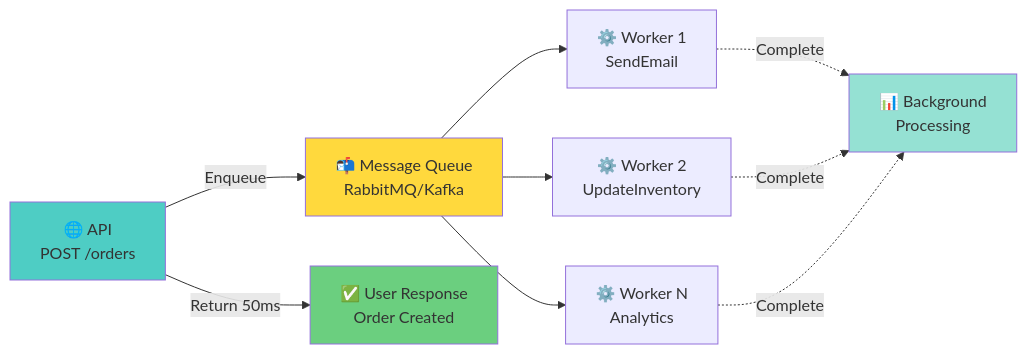
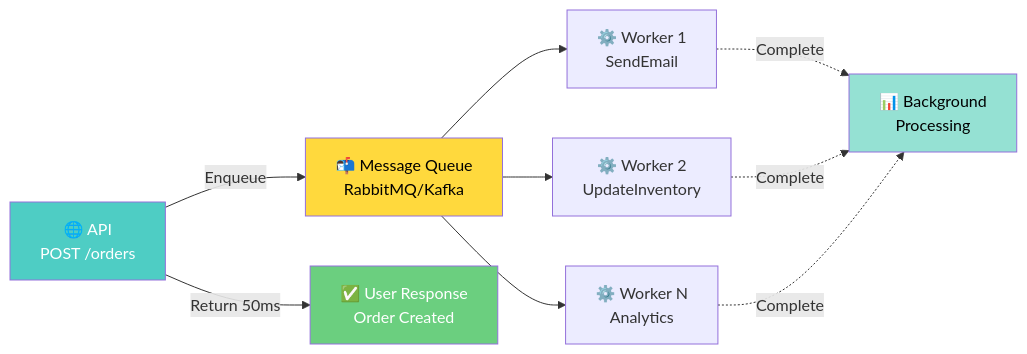
The second of 2 diagrams in src/content/blog/scalabilita-backend-patterns.md (federicodiluca/federicodiluca.github.io), drawn with Mermaid before and after one commit. The commit also changed other lines of this file and 9 other files, not shown here.

First line of the commit message:
fix: improve Mermaid diagram text colors for accessibility

````diff
--- a/src/content/blog/scalabilita-backend-patterns.md
+++ b/src/content/blog/scalabilita-backend-patterns.md
@@ -148,17 +148,17 @@
 ```mermaid
 graph LR
     A["🌐 API<br/>POST /orders"] -->|Enqueue| B["📬 Message Queue<br/>RabbitMQ/Kafka"]
     B --> C["⚙️ Worker 1<br/>SendEmail"]
     B --> D["⚙️ Worker 2<br/>UpdateInventory"]
     B --> E["⚙️ Worker N<br/>Analytics"]
     
     A -->|Return 50ms| F["✅ User Response<br/>Order Created"]
     C -.->|Complete| G["📊 Background<br/>Processing"]
     D -.->|Complete| G
     E -.->|Complete| G
     
-    style A fill:#4ecdc4
-    style F fill:#6bcf7f
-    style B fill:#ffd93d
-    style G fill:#95e1d3
+    style A fill:#4ecdc4,color:#fff
+    style F fill:#6bcf7f,color:#fff
+    style B fill:#ffd93d,color:#000
+    style G fill:#95e1d3,color:#000
 ```
````
